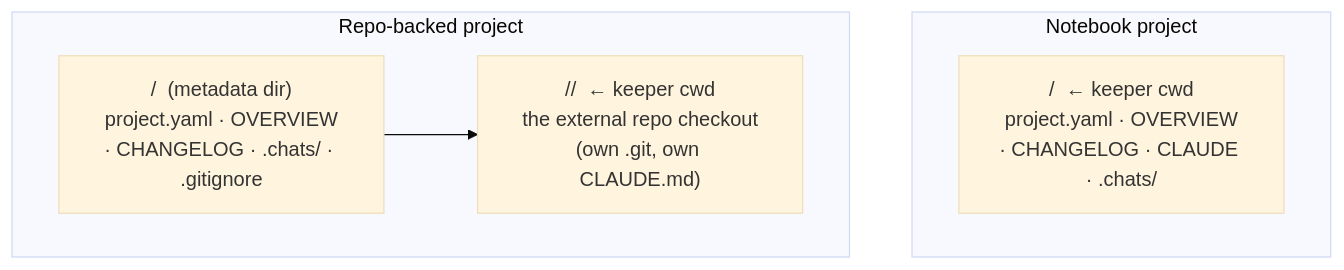
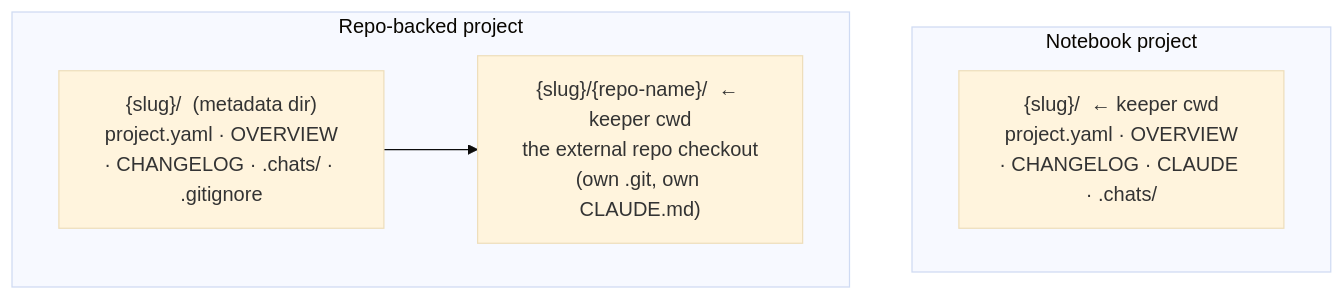
The diagram in docs/concepts/projects.md (edspencer/paddock), drawn with Mermaid (base theme) before and after one commit. The commit also changed 2 other files, not shown here.

Commit message:
docs: link ARCHITECTURE + concepts from README; safe mermaid placeholders

````diff
--- a/docs/concepts/projects.md
+++ b/docs/concepts/projects.md
@@ -75,11 +75,11 @@
 ```mermaid
 flowchart TB
   subgraph Notebook["Notebook project"]
-    N["<slug>/  ← keeper cwd\n project.yaml · OVERVIEW · CHANGELOG · CLAUDE · .chats/"]
+    N["{slug}/  ← keeper cwd\n project.yaml · OVERVIEW · CHANGELOG · CLAUDE · .chats/"]
   end
   subgraph Repo["Repo-backed project"]
-    D["<slug>/  (metadata dir)\n project.yaml · OVERVIEW · CHANGELOG · .chats/ · .gitignore"]
-    Ck["<slug>/<repo-name>/  ← keeper cwd\n the external repo checkout (own .git, own CLAUDE.md)"]
+    D["{slug}/  (metadata dir)\n project.yaml · OVERVIEW · CHANGELOG · .chats/ · .gitignore"]
+    Ck["{slug}/{repo-name}/  ← keeper cwd\n the external repo checkout (own .git, own CLAUDE.md)"]
     D --> Ck
   end
 ```
````
